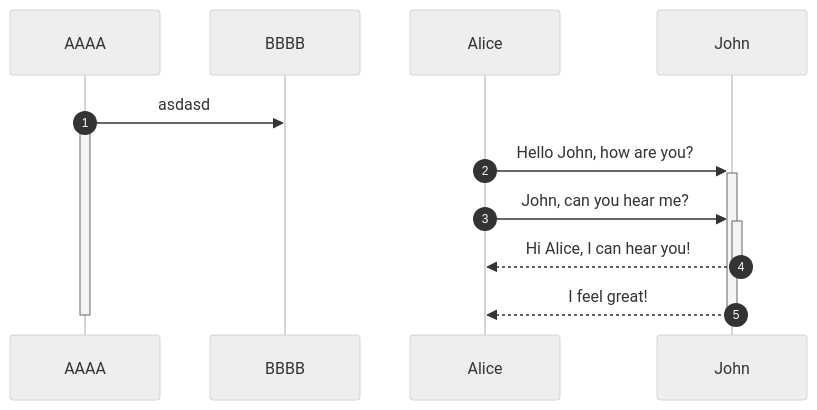
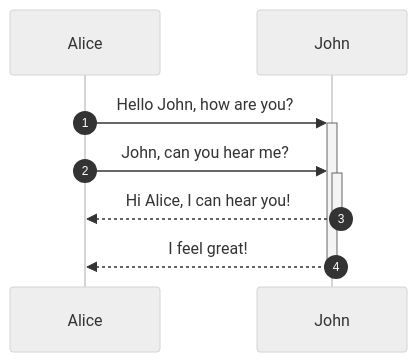
The diagram in README.md (EifelMono/MerMaidTest), drawn with Mermaid (neutral theme) before and after one commit.

Commit message:
CHG: autonumber

````diff
--- a/README.md
+++ b/README.md
@@ -3,18 +3,8 @@
 ```mermaid
 sequenceDiagram
-
-    participant AAAA
-    participant BBBB
     autonumber
-    AAAA->>BBBB: asdasd
-
-    activate AAAA
-
     Alice->>+John: Hello John, how are you?
     Alice->>+John: John, can you hear me?
     John-->>-Alice: Hi Alice, I can hear you!
     John-->>-Alice: I feel great!
-
-
-    deactivate AAAA
 ```
````
